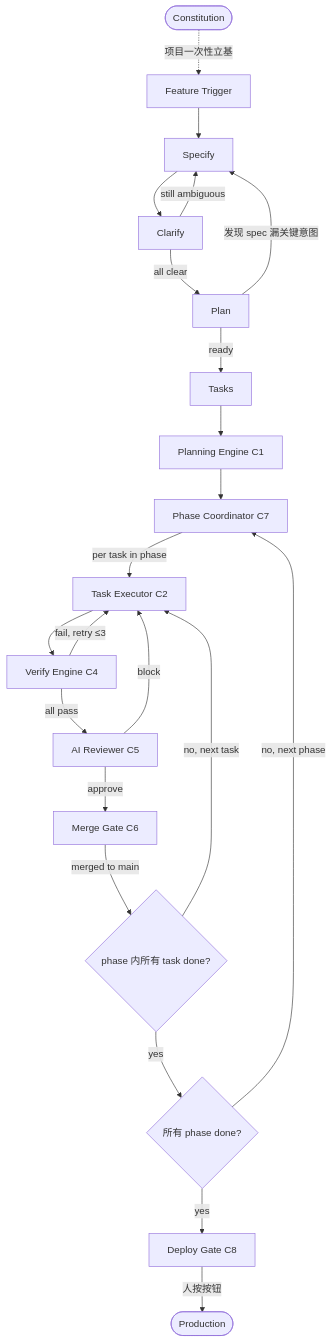
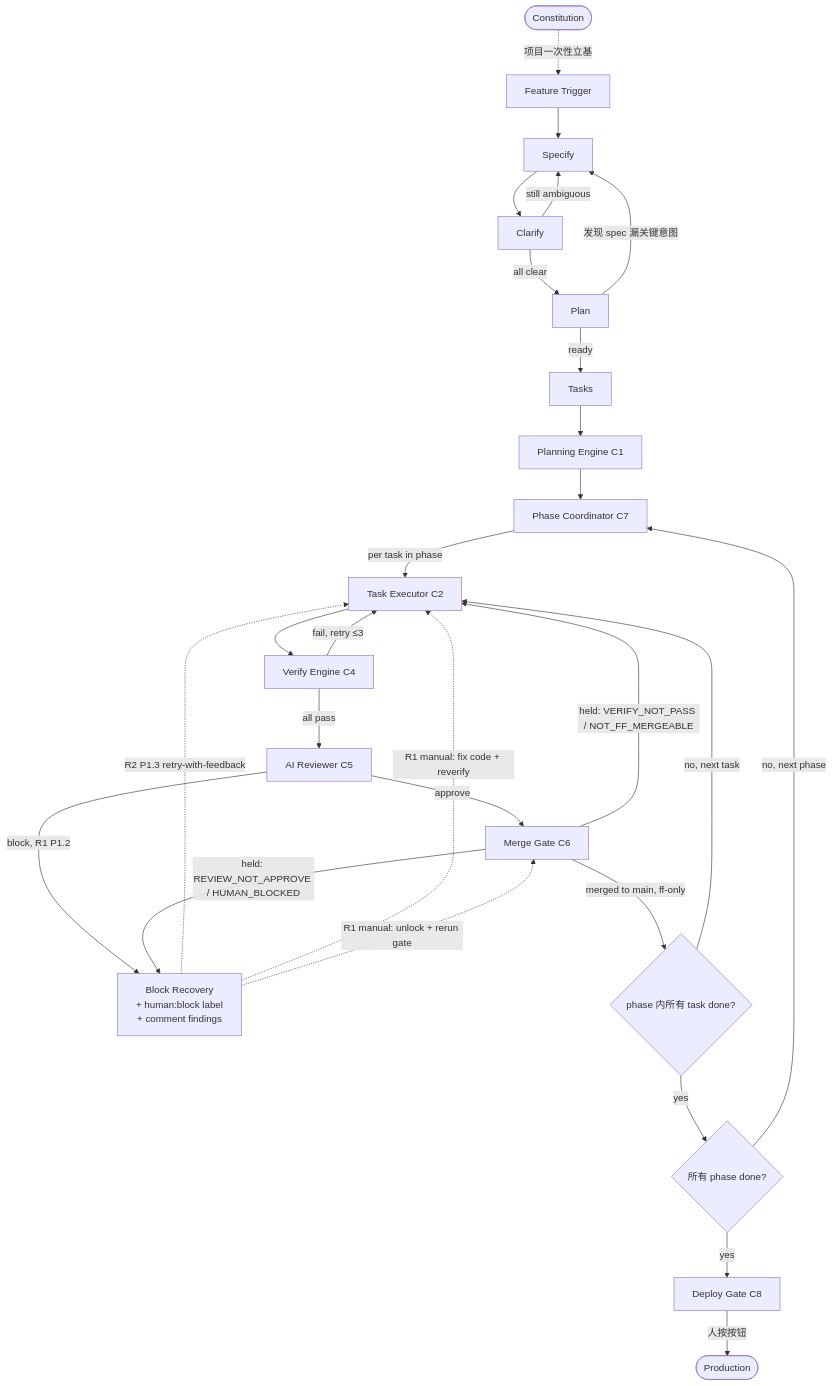
The second of 5 diagrams in docs/sdd/workflows.md (chinaszzt/suiyin-v4), drawn with Mermaid before and after one commit. The commit also changed other lines of this file and 6 other files, not shown here.

````diff
--- a/docs/sdd/workflows.md
+++ b/docs/sdd/workflows.md
@@ -36,24 +36,29 @@
 ```mermaid
 flowchart TD
     A([Constitution]) -.->|项目一次性立基| B
     B[Feature Trigger] --> C[Specify]
     C --> D[Clarify]
     D -->|still ambiguous| C
     D -->|all clear| E[Plan]
     E -->|发现 spec 漏关键意图| C
     E -->|ready| F[Tasks]
     F --> G[Planning Engine C1]
     G --> H[Phase Coordinator C7]
     H -->|per task in phase| I[Task Executor C2]
     I --> J[Verify Engine C4]
     J -->|fail, retry ≤3| I
     J -->|all pass| K[AI Reviewer C5]
-    K -->|block| I
     K -->|approve| L[Merge Gate C6]
-    L -->|merged to main| M{phase 内所有 task done?}
+    K -->|block, R1 P1.2| BR[Block Recovery<br/>+ human:block label<br/>+ comment findings]
+    BR -.->|R2 P1.3 retry-with-feedback| I
+    BR -.->|R1 manual: fix code + reverify| I
+    BR -.->|R1 manual: unlock + rerun gate| L
+    L -->|merged to main, ff-only| M{phase 内所有 task done?}
+    L -->|held: VERIFY_NOT_PASS / NOT_FF_MERGEABLE| I
+    L -->|held: REVIEW_NOT_APPROVE / HUMAN_BLOCKED| BR
     M -->|no, next task| I
     M -->|yes| N{所有 phase done?}
     N -->|no, next phase| H
     N -->|yes| O[Deploy Gate C8]
     O -->|人按按钮| P([Production])
 ```
````
